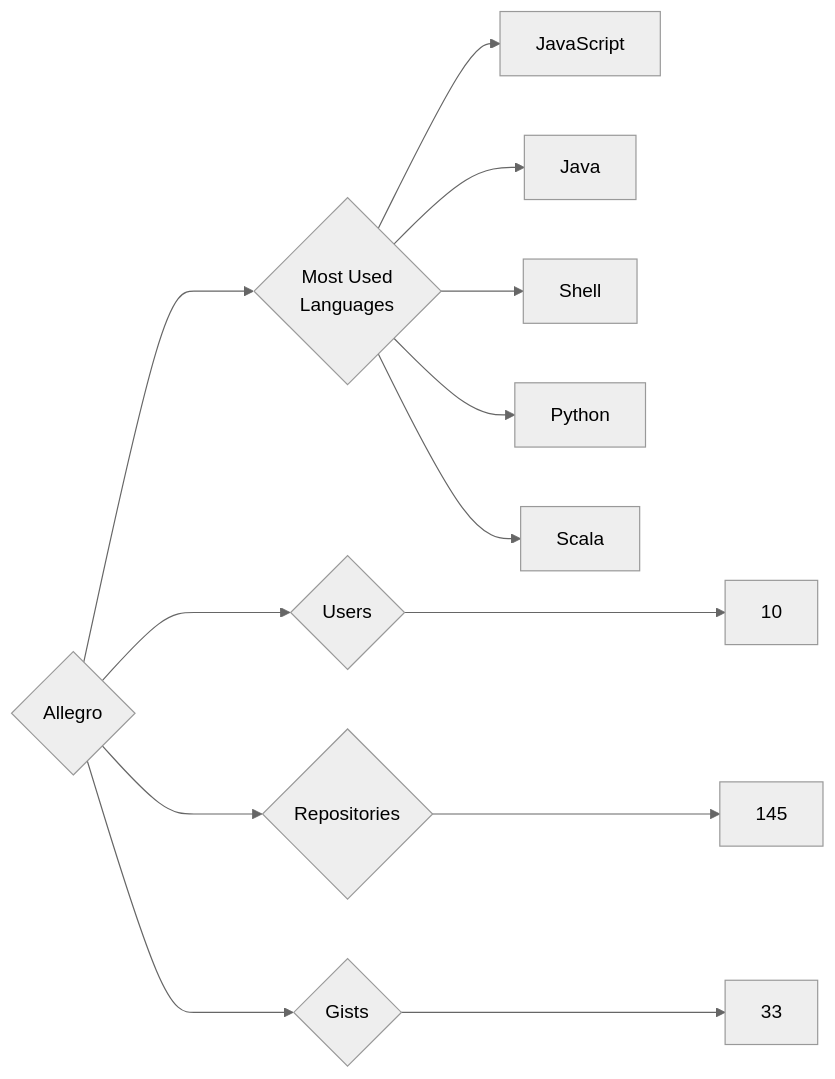
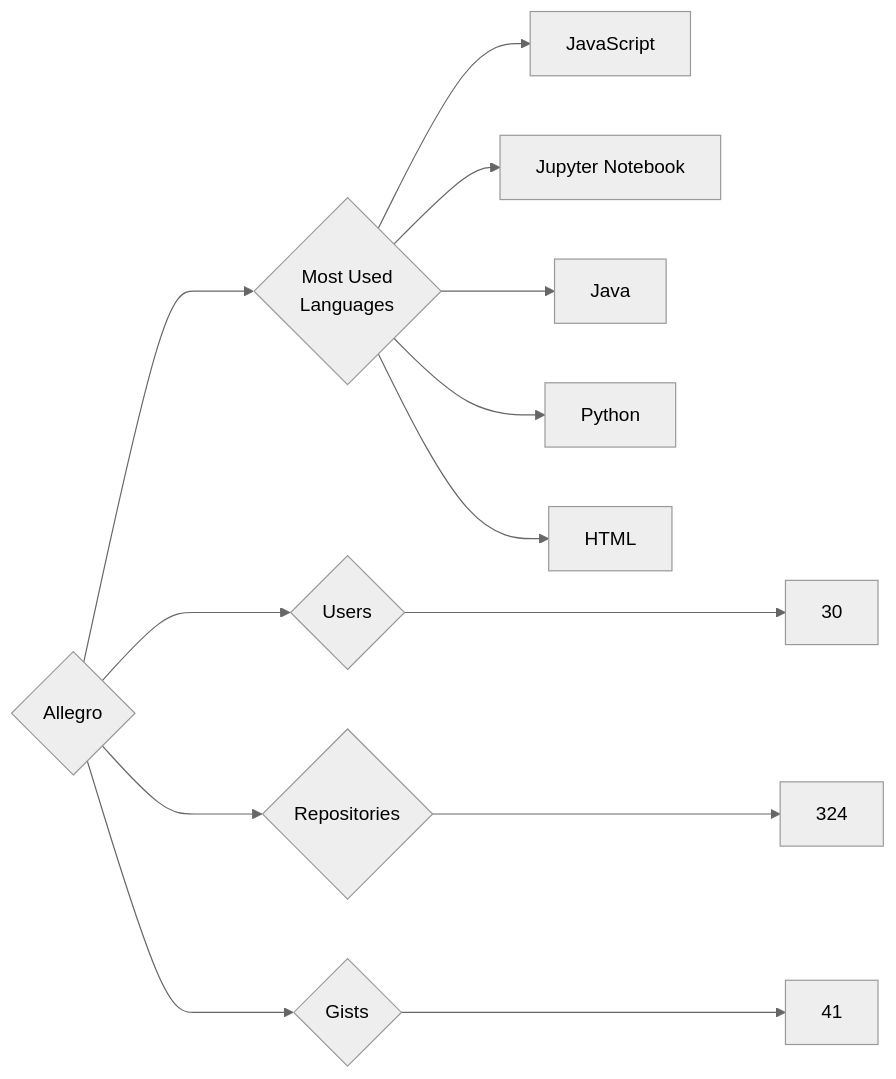
One commit to trickest/insiders changed the diagram in targets/Allegro/README.md. Above: the diagram before and after it, drawn with Mermaid (neutral theme). The commit also changed 814 other files, not shown here.

````diff
--- a/targets/Allegro/README.md
+++ b/targets/Allegro/README.md
@@ -3,13 +3,13 @@
 ```mermaid
 graph LR
 COMPANY_NAME{Allegro}
-COMPANY_NAME ---> U{Users} ---> UN[10]
-COMPANY_NAME ---> R{Repositories} ---> RN[145]
-COMPANY_NAME ---> G{Gists} ---> GN[33]
+COMPANY_NAME ---> U{Users} ---> UN[30]
+COMPANY_NAME ---> R{Repositories} ---> RN[324]
+COMPANY_NAME ---> G{Gists} ---> GN[41]
 COMPANY_NAME ---> ML{Most Used<br>Languages}
 ML --> JavaScript[JavaScript]
+ML --> Jupyter_Notebook[Jupyter Notebook]
 ML --> Java[Java]
-ML --> Shell[Shell]
 ML --> Python[Python]
-ML --> Scala[Scala]
+ML --> HTML[HTML]
 ```
````
